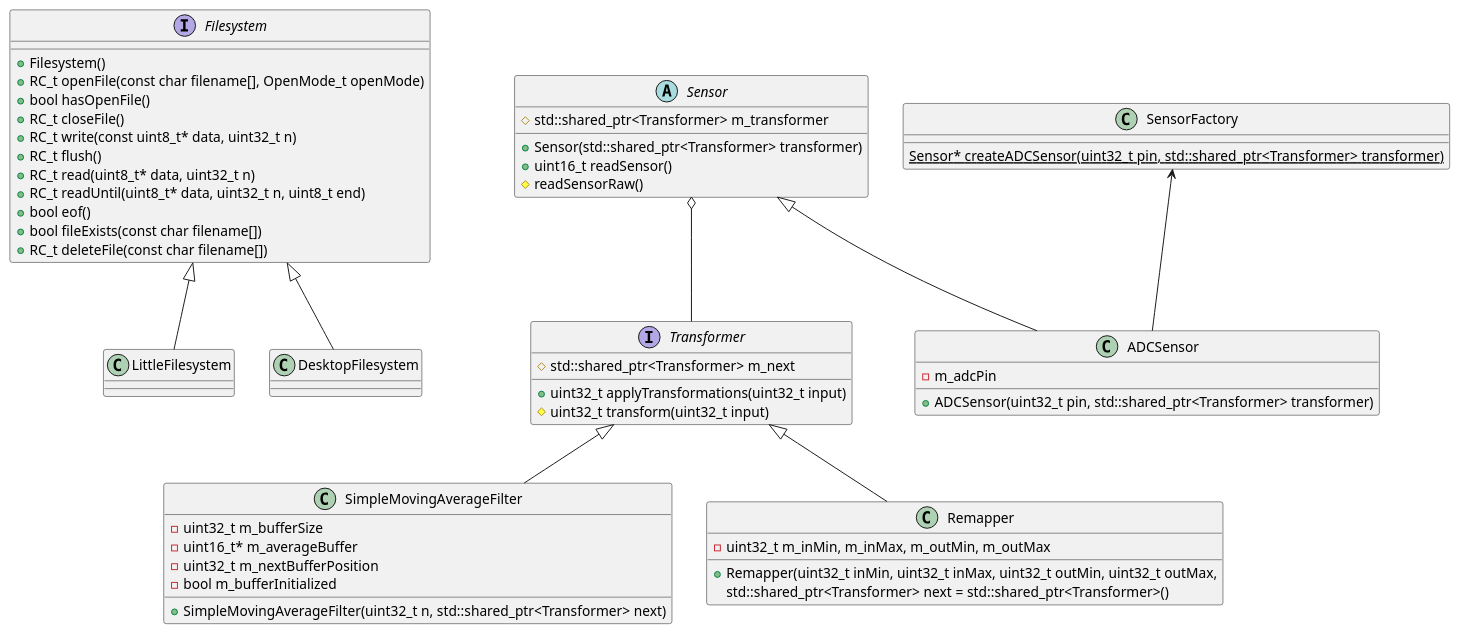
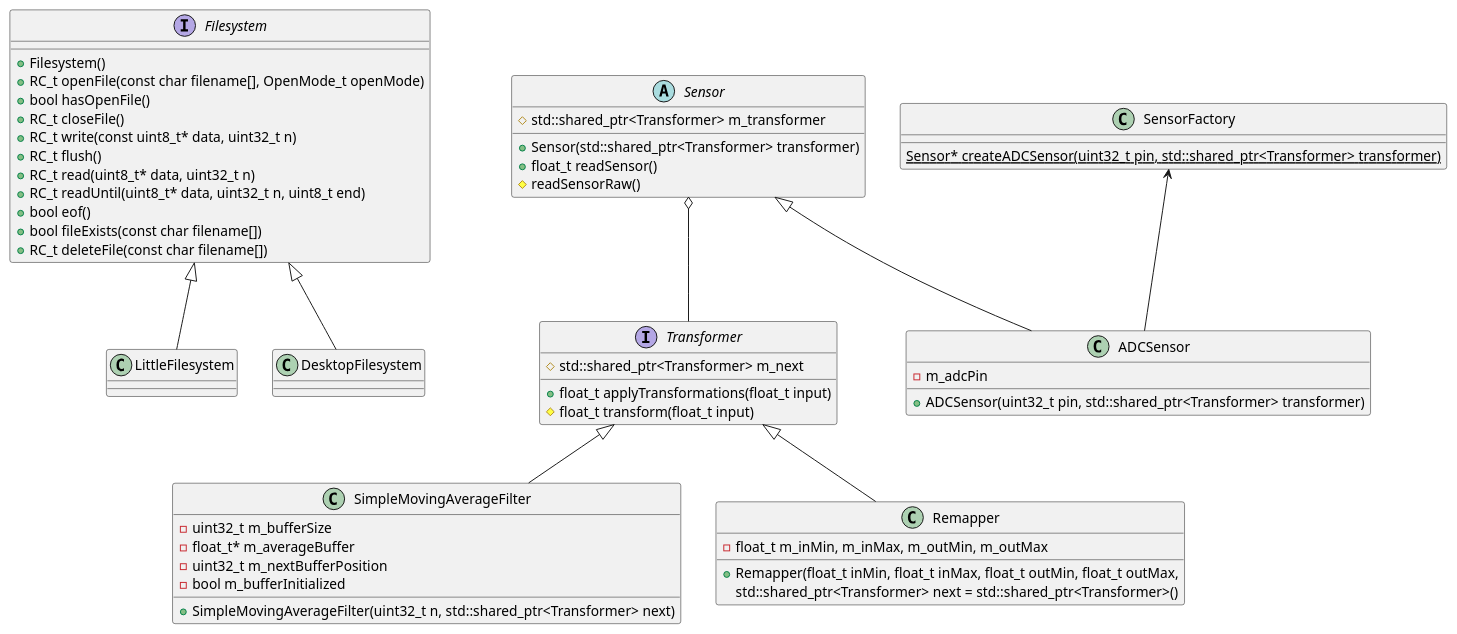
Before and after one commit to Scrath1/MultiSensor-MQTT: the diagram in class_diagram.plantuml, drawn with PlantUML. The commit also changed 12 other files, not shown here.

```diff
--- a/class_diagram.plantuml
+++ b/class_diagram.plantuml
@@ -1,57 +1,57 @@
 @startuml
 interface Filesystem{
     + Filesystem()
     + RC_t openFile(const char filename[], OpenMode_t openMode)
     + bool hasOpenFile()
     + RC_t closeFile()
     + RC_t write(const uint8_t* data, uint32_t n)
     + RC_t flush()
     + RC_t read(uint8_t* data, uint32_t n)
     + RC_t readUntil(uint8_t* data, uint32_t n, uint8_t end)
     + bool eof()
     + bool fileExists(const char filename[])
     + RC_t deleteFile(const char filename[])
 }
 class LittleFilesystem
 class DesktopFilesystem
 Filesystem <|-- LittleFilesystem
 Filesystem <|-- DesktopFilesystem
 
 interface Transformer{
     # std::shared_ptr<Transformer> m_next
-    + uint32_t applyTransformations(uint32_t input)
-    # uint32_t transform(uint32_t input)
+    + float_t applyTransformations(float_t input)
+    # float_t transform(float_t input)
 }
 class SimpleMovingAverageFilter{
     - uint32_t m_bufferSize
-    - uint16_t* m_averageBuffer
+    - float_t* m_averageBuffer
     - uint32_t m_nextBufferPosition
     - bool m_bufferInitialized
     + SimpleMovingAverageFilter(uint32_t n, std::shared_ptr<Transformer> next)
 }
 Transformer <|-- SimpleMovingAverageFilter
 class Remapper{
-    - uint32_t m_inMin, m_inMax, m_outMin, m_outMax
-    + Remapper(uint32_t inMin, uint32_t inMax, uint32_t outMin, uint32_t outMax,
+    - float_t m_inMin, m_inMax, m_outMin, m_outMax
+    + Remapper(float_t inMin, float_t inMax, float_t outMin, float_t outMax,
              std::shared_ptr<Transformer> next = std::shared_ptr<Transformer>()
 }
 Transformer <|-- Remapper
 
 abstract class Sensor{
     # std::shared_ptr<Transformer> m_transformer
     + Sensor(std::shared_ptr<Transformer> transformer)
-    + uint16_t readSensor()
+    + float_t readSensor()
     # readSensorRaw()
 }
 class ADCSensor{
     - m_adcPin
     + ADCSensor(uint32_t pin, std::shared_ptr<Transformer> transformer)
 }
 Sensor <|-- ADCSensor
 Sensor o-- Transformer
 
 class SensorFactory{
     {static} Sensor* createADCSensor(uint32_t pin, std::shared_ptr<Transformer> transformer)
 }
 SensorFactory <-- ADCSensor
 @enduml
```
